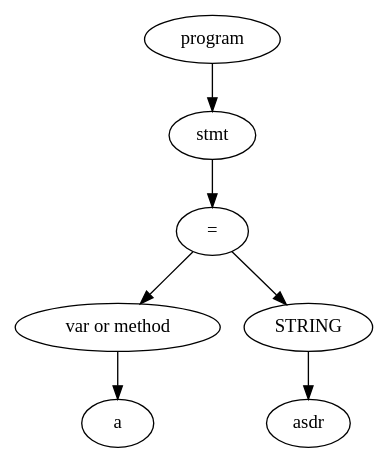
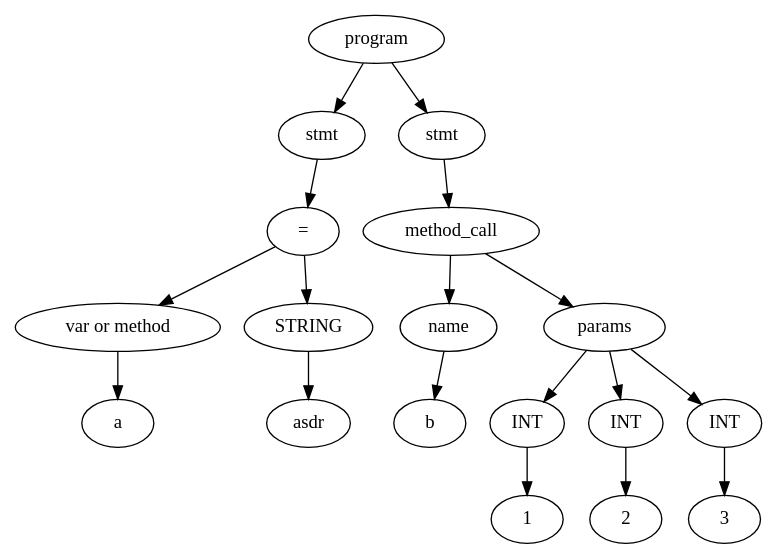
The diagram in RubyCompiler/tree.dot (Kulakov-Nikita/RubyCompiler), drawn with Graphviz before and after one commit. The commit also changed 9 other files, not shown here.

```diff
--- a/RubyCompiler/tree.dot
+++ b/RubyCompiler/tree.dot
@@ -1,15 +1,37 @@
 digraph G {
-Id00939AB8 [label="program"]
-Id00939A30 [label="stmt"]
-Id009399E0 [label="="]
-Id00939908 [label="var or method"]
-IdVal00939908 [label="a"]
-Id00939908->IdVal00939908
-Id00939990 [label="STRING"]
-IdVal00939990 [label="asdr"]
-Id00939990->IdVal00939990
-Id009399E0->Id00939908
-Id009399E0->Id00939990
-Id00939A30->Id009399E0
-Id00939AB8->Id00939A30
+Id00CB04D0 [label="program"]
+Id00CB9A48 [label="stmt"]
+Id00CB99C8 [label="="]
+Id00CB98F0 [label="var or method"]
+IdVal00CB98F0 [label="a"]
+Id00CB98F0->IdVal00CB98F0
+Id00CB9978 [label="STRING"]
+IdVal00CB9978 [label="asdr"]
+Id00CB9978->IdVal00CB9978
+Id00CB99C8->Id00CB98F0
+Id00CB99C8->Id00CB9978
+Id00CB9A48->Id00CB99C8
+Id00CB04D0->Id00CB9A48
+Id00CC2380 [label="stmt"]
+Id00CC2510 [label="method_call"]
+IdMethodName00CC2510 [label="name"]
+Id00CC2510->IdMethodName00CC2510
+IdMethodNameVal00CC2510 [label="b"]
+IdMethodName00CC2510->IdMethodNameVal00CC2510
+Id00CB9AD0 [label="params"]
+Id00CC2510->Id00CB9AD0
+Id00CC2010 [label="INT"]
+IdVal00CC2010 [label="1"]
+Id00CC2010->IdVal00CC2010
+Id00CB9AD0->Id00CC2010
+Id00CC2060 [label="INT"]
+IdVal00CC2060 [label="2"]
+Id00CC2060->IdVal00CC2060
+Id00CB9AD0->Id00CC2060
+Id00CC2420 [label="INT"]
+IdVal00CC2420 [label="3"]
+Id00CC2420->IdVal00CC2420
+Id00CB9AD0->Id00CC2420
+Id00CC2380->Id00CC2510
+Id00CB04D0->Id00CC2380
 }
```
